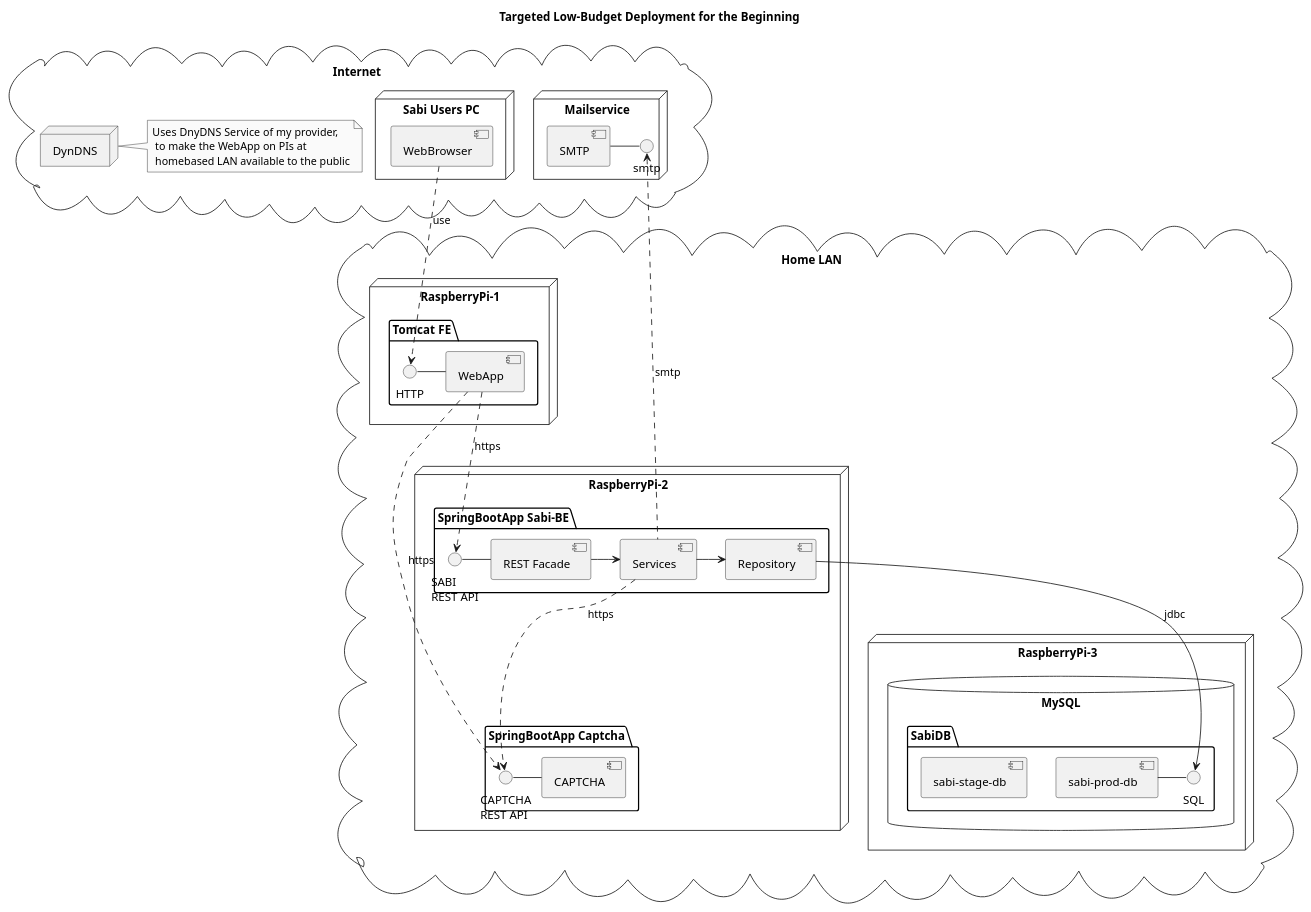
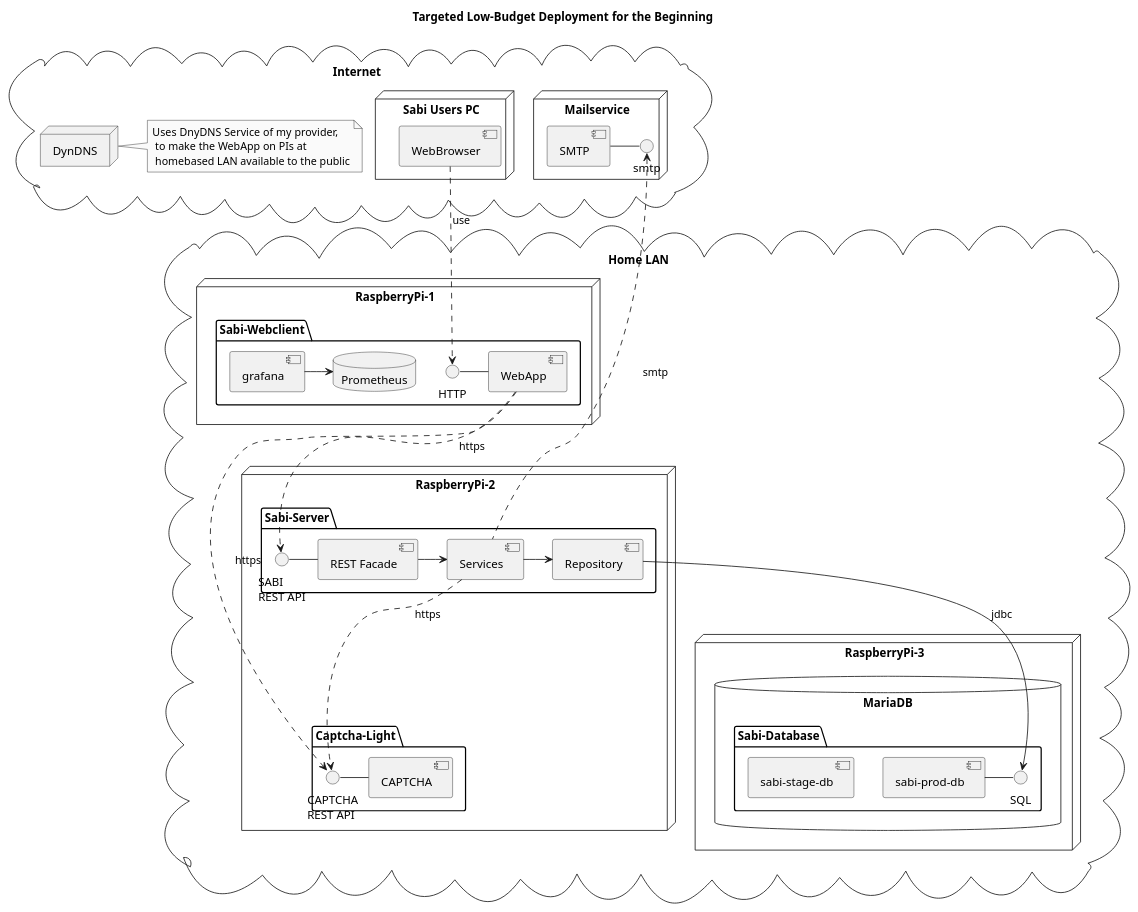
One commit to StefanSchubert/sabi changed the diagram in sabi-server/UML/7_DeploymentView/Hardware_Component_Mapping.puml. Above: the diagram before and after it, drawn with PlantUML. The commit also changed 71 other files, not shown here.

```diff
--- a/sabi-server/UML/7_DeploymentView/Hardware_Component_Mapping.puml
+++ b/sabi-server/UML/7_DeploymentView/Hardware_Component_Mapping.puml
@@ -1,68 +1,70 @@
 @startuml
 
 skinparam monochrome true
 skinparam componentStyle uml2
 
 title Targeted Low-Budget Deployment for the Beginning
 
 cloud "Internet" {
 
  node "DynDNS" {
  }
  note right of DynDNS : Uses DnyDNS Service of my provider,\n to make the WebApp on PIs at\n homebased LAN available to the public
 
  node "Sabi Users PC" {
    [WebBrowser]
  }
 
  node "Mailservice" {
     interface smtp
     [SMTP] - smtp
  }
 
 }
 
 cloud "Home LAN" {
 
 
   node "RaspberryPi-2" {
 
-      package "SpringBootApp Captcha" {
+      package "Captcha-Light" {
           interface "CAPTCHA\nREST API" as rest2
           rest2 - [CAPTCHA]
       }
 
-      package "SpringBootApp Sabi-BE" {
+      package "Sabi-Server" {
          interface "SABI\nREST API" as rest
          rest - [REST Facade]
          [REST Facade] -> [Services]
          [Services] -> [Repository]
          [Services] .u.>smtp : smtp
          [Services] ..>rest2 : https
       }
 
   }
 
   node "RaspberryPi-1" {
-    package "Tomcat FE" {
+    package "Sabi-Webclient" {
       HTTP - [WebApp]
       [WebApp] ..> rest : https
       [WebApp] ..> rest2 : https
+      database Prometheus
+      [grafana] -> Prometheus
     }
   }
 
 node "RaspberryPi-3" {
-     database "MySQL" as db {
-        folder "SabiDB" {
+     database "MariaDB" as db {
+        folder "Sabi-Database" {
           interface SQL
           [sabi-prod-db] - SQL
           [sabi-stage-db]
         }
 }
 
 ' Relelationships
 [WebBrowser] ..> HTTP : use
 [Repository] --> SQL : jdbc
 
 
 @enduml
```
